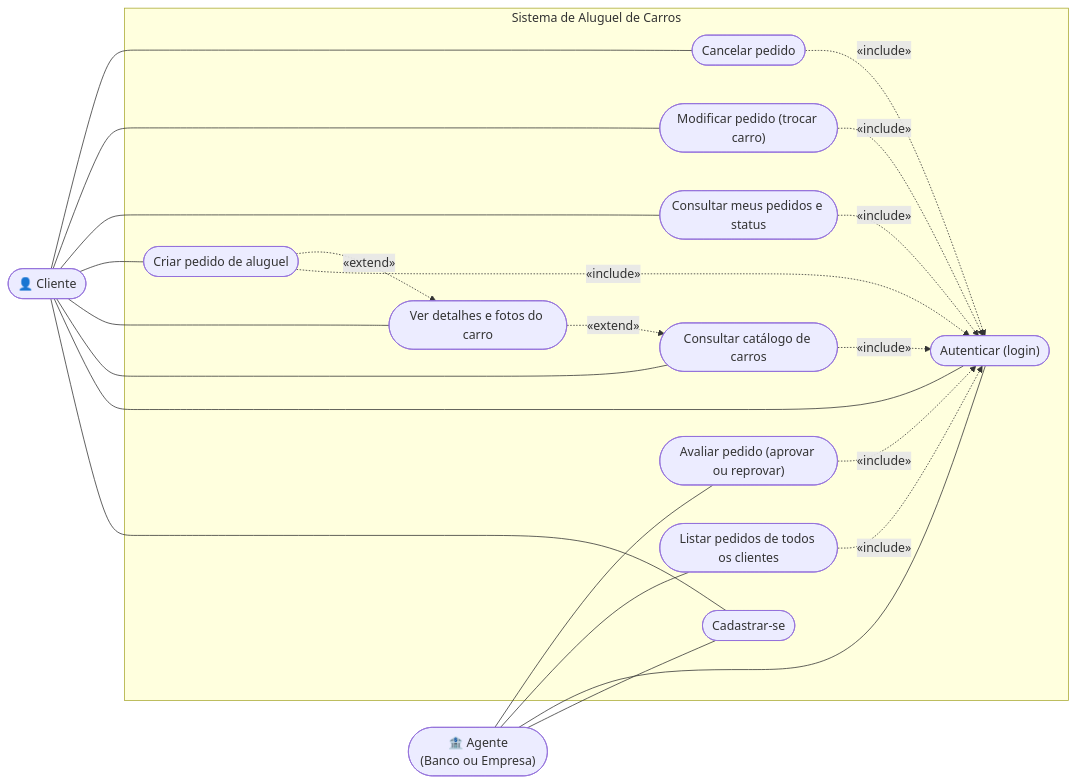
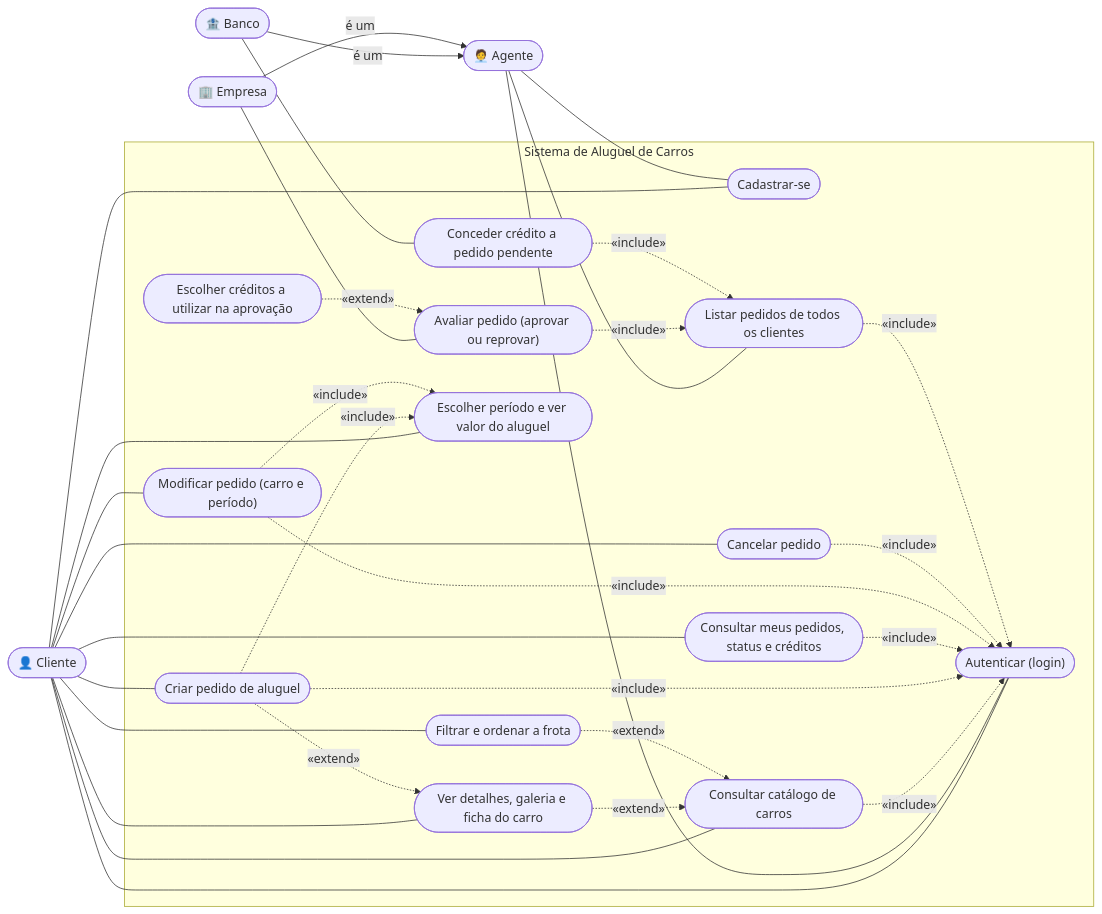
Before and after one commit to Cesarlac/getaway-car-rentals: the diagram in docs/01-casos-de-uso.md, drawn with Mermaid. The commit also changed other lines of this file and 15 other files, not shown here.

First line of the commit message:
docs: README no template da disciplina, UML atualizada e capturas de tela

````diff
--- a/docs/01-casos-de-uso.md
+++ b/docs/01-casos-de-uso.md
@@ -14,42 +18,59 @@
 ```mermaid
 flowchart LR
     Cliente(["👤 Cliente"])
-    Agente(["🏦 Agente<br/>(Banco ou Empresa)"])
+    Agente(["🧑‍💼 Agente"])
+    Banco(["🏦 Banco"])
+    Empresa(["🏢 Empresa"])
 
     subgraph Sistema["Sistema de Aluguel de Carros"]
         UC1(["Cadastrar-se"])
         UC2(["Autenticar (login)"])
         UC3(["Consultar catálogo de carros"])
-        UC4(["Ver detalhes e fotos do carro"])
+        UC4(["Ver detalhes, galeria e ficha do carro"])
         UC5(["Criar pedido de aluguel"])
-        UC6(["Consultar meus pedidos e status"])
-        UC7(["Modificar pedido (trocar carro)"])
+        UC6(["Consultar meus pedidos, status e créditos"])
+        UC7(["Modificar pedido (carro e período)"])
         UC8(["Cancelar pedido"])
         UC9(["Listar pedidos de todos os clientes"])
         UC10(["Avaliar pedido (aprovar ou reprovar)"])
+        UC11(["Conceder crédito a pedido pendente"])
+        UC12(["Escolher créditos a utilizar na aprovação"])
+        UC13(["Escolher período e ver valor do aluguel"])
+        UC14(["Filtrar e ordenar a frota"])
     end
 
     Cliente --- UC1
     Cliente --- UC2
     Cliente --- UC3
     Cliente --- UC4
     Cliente --- UC5
     Cliente --- UC6
     Cliente --- UC7
     Cliente --- UC8
+    Cliente --- UC13
+    Cliente --- UC14
+
+    Banco -- "é um" --> Agente
+    Empresa -- "é um" --> Agente
 
     Agente --- UC1
     Agente --- UC2
     Agente --- UC9
-    Agente --- UC10
+    Banco --- UC11
+    Empresa --- UC10
 
     UC3 -. "«include»" .-> UC2
     UC5 -. "«include»" .-> UC2
     UC6 -. "«include»" .-> UC2
     UC7 -. "«include»" .-> UC2
     UC8 -. "«include»" .-> UC2
     UC9 -. "«include»" .-> UC2
-    UC10 -. "«include»" .-> UC2
+    UC10 -. "«include»" .-> UC9
+    UC11 -. "«include»" .-> UC9
+    UC12 -. "«extend»" .-> UC10
     UC4 -. "«extend»" .-> UC3
     UC5 -. "«extend»" .-> UC4
+    UC5 -. "«include»" .-> UC13
+    UC7 -. "«include»" .-> UC13
+    UC14 -. "«extend»" .-> UC3
 ```
````
